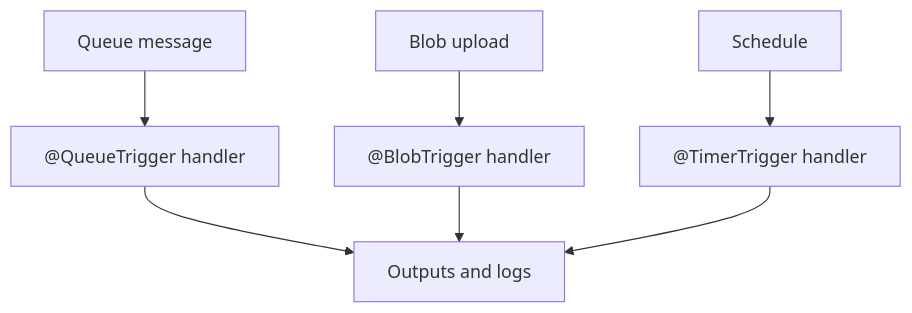
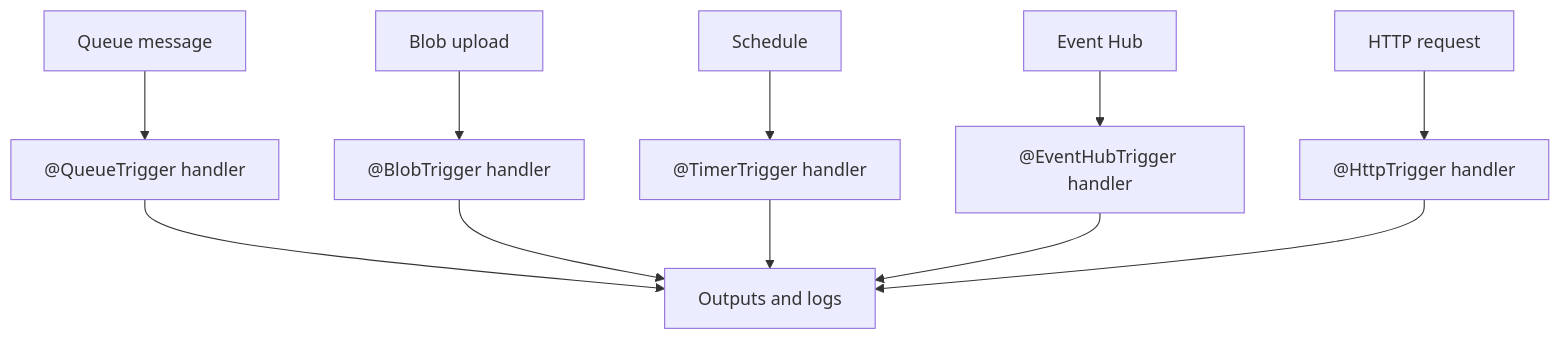
One commit to yeongseon/azure-functions-practical-guide changed the diagram in docs/language-guides/java/tutorial/premium/07-extending-triggers.md. Above: the diagram before and after it, drawn with Mermaid. The commit also changed other lines of this file and 7 other files, not shown here.

````diff
--- a/docs/language-guides/java/tutorial/premium/07-extending-triggers.md
+++ b/docs/language-guides/java/tutorial/premium/07-extending-triggers.md
@@ -17,9 +35,13 @@
 ```mermaid
 flowchart TD
     A[Queue message] --> B["@QueueTrigger handler"]
     C[Blob upload] --> D["@BlobTrigger handler"]
     E[Schedule] --> F["@TimerTrigger handler"]
-    B --> G[Outputs and logs]
-    D --> G
-    F --> G
+    G[Event Hub] --> H["@EventHubTrigger handler"]
+    I[HTTP request] --> J["@HttpTrigger handler"]
+    B --> K[Outputs and logs]
+    D --> K
+    F --> K
+    H --> K
+    J --> K
 ```
````
